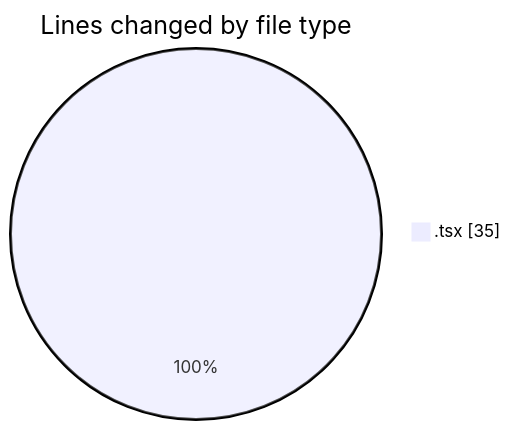
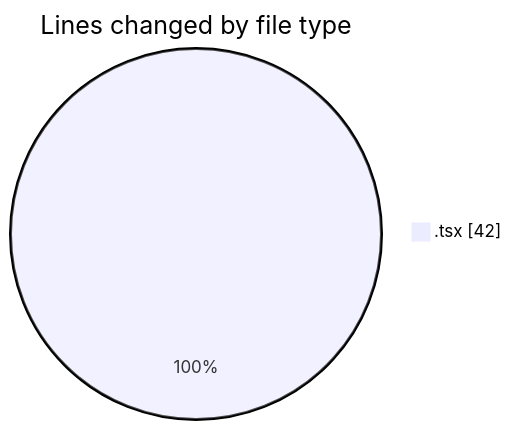
One commit to momahboobian/code-tracking changed the first of 2 diagrams in 2026-03-26/cda/README.md. Above: the diagram before and after it, drawn with Mermaid. The commit also changed other lines of this file and 1 other file, not shown here.

````diff
--- a/2026-03-26/cda/README.md
+++ b/2026-03-26/cda/README.md
@@ -20,5 +20,5 @@
 ```mermaid
 pie showData
 title Lines changed by file type
-".tsx" : 35
+".tsx" : 42
 ```
````
